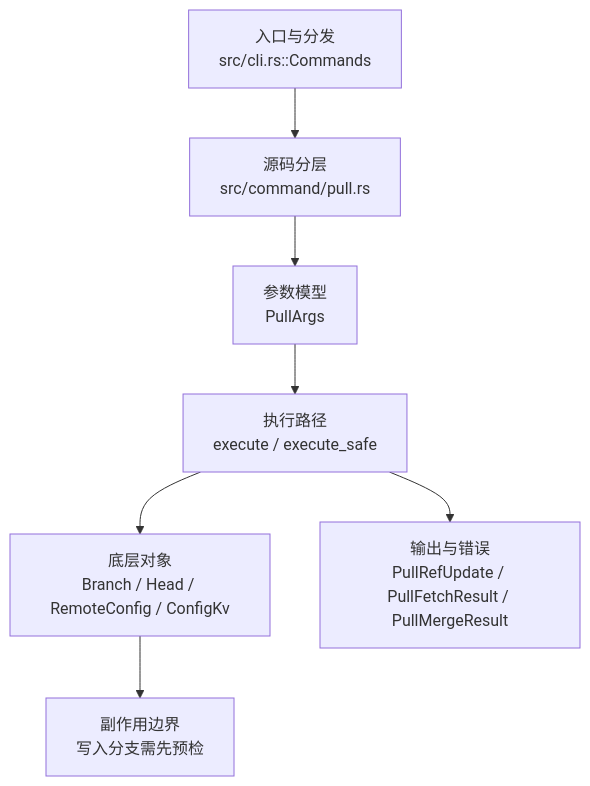
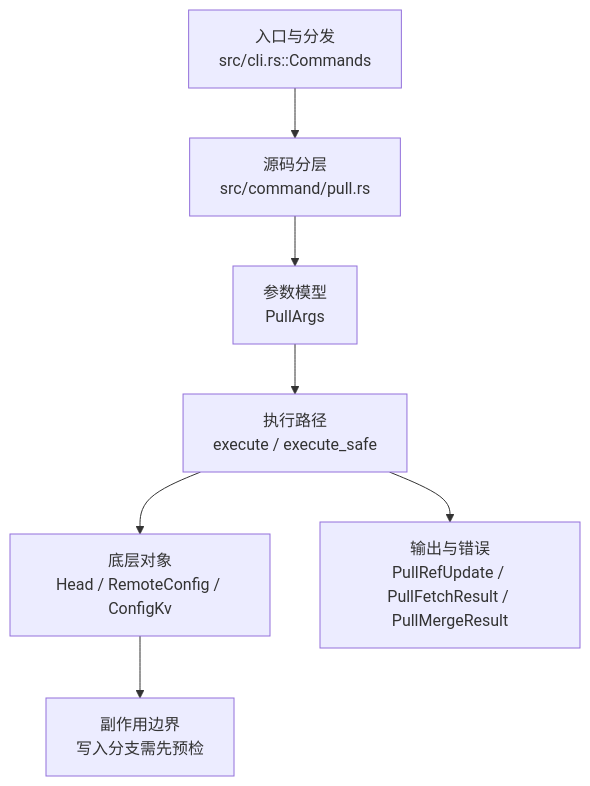
One commit to web3infra-foundation/libra changed the diagram in docs/development/commands/pull.md. Above: the diagram before and after it, drawn with Mermaid. The commit also changed other lines of this file and 65 other files, not shown here.

````diff
--- a/docs/development/commands/pull.md
+++ b/docs/development/commands/pull.md
@@ -22,9 +22,9 @@
 ```mermaid
 flowchart TD
     A["入口与分发<br/>src/cli.rs::Commands"] --> B["源码分层<br/>src/command/pull.rs"]
     B --> C["参数模型<br/>PullArgs"]
     C --> D["执行路径<br/>execute / execute_safe"]
-    D --> E["底层对象<br/>Branch / Head / RemoteConfig / ConfigKv"]
+    D --> E["底层对象<br/>Head / RemoteConfig / ConfigKv"]
     D --> F["输出与错误<br/>PullRefUpdate / PullFetchResult / PullMergeResult"]
     E --> G["副作用边界<br/>写入分支需先预检"]
 ```
````
